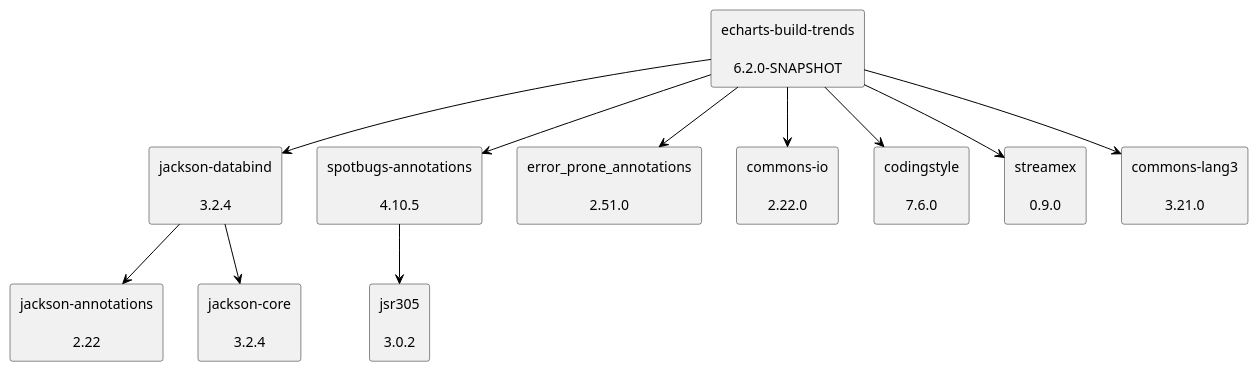
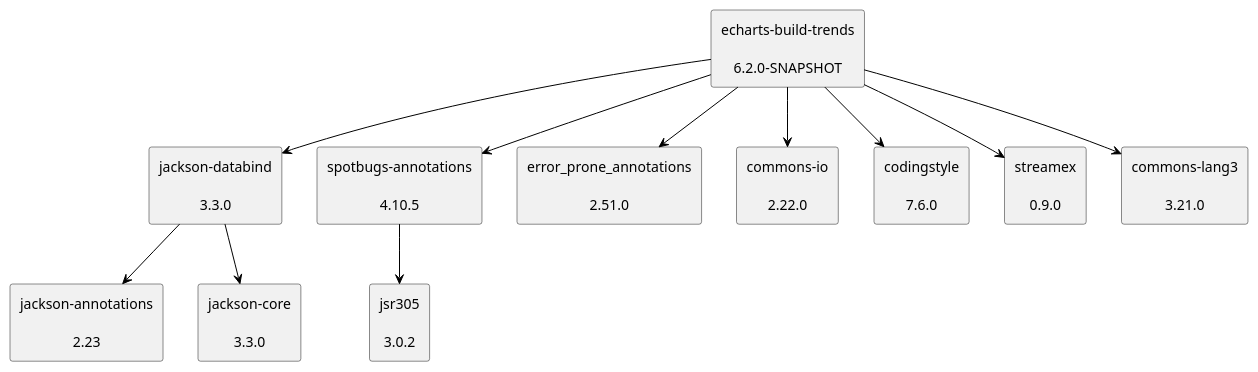
The diagram in doc/dependency-graph.puml (uhafner/echarts-build-trends), drawn with PlantUML before and after one commit.

Commit message:
Update dependency graph to latest versions from POM

```diff
--- a/doc/dependency-graph.puml
+++ b/doc/dependency-graph.puml
@@ -1,30 +1,30 @@
 @startuml
 skinparam defaultTextAlignment center
 skinparam rectangle {
   BackgroundColor<<optional>> beige
   BackgroundColor<<test>> lightGreen
   BackgroundColor<<runtime>> lightBlue
   BackgroundColor<<provided>> lightGray
 }
-rectangle "jackson-databind\n\n3.2.4" as tools_jackson_core_jackson_databind_jar
-rectangle "jackson-annotations\n\n2.22" as com_fasterxml_jackson_core_jackson_annotations_jar
-rectangle "jackson-core\n\n3.2.4" as tools_jackson_core_jackson_core_jar
+rectangle "jackson-databind\n\n3.3.0" as tools_jackson_core_jackson_databind_jar
+rectangle "jackson-annotations\n\n2.23" as com_fasterxml_jackson_core_jackson_annotations_jar
+rectangle "jackson-core\n\n3.3.0" as tools_jackson_core_jackson_core_jar
 rectangle "echarts-build-trends\n\n6.2.0-SNAPSHOT" as edu_hm_hafner_echarts_build_trends_jar
 rectangle "spotbugs-annotations\n\n4.10.5" as com_github_spotbugs_spotbugs_annotations_jar
 rectangle "jsr305\n\n3.0.2" as com_google_code_findbugs_jsr305_jar
 rectangle "error_prone_annotations\n\n2.51.0" as com_google_errorprone_error_prone_annotations_jar
 rectangle "commons-io\n\n2.22.0" as commons_io_commons_io_jar
 rectangle "codingstyle\n\n7.6.0" as edu_hm_hafner_codingstyle_jar
 rectangle "streamex\n\n0.9.0" as one_util_streamex_jar
 rectangle "commons-lang3\n\n3.21.0" as org_apache_commons_commons_lang3_jar
 tools_jackson_core_jackson_databind_jar -[#000000]-> com_fasterxml_jackson_core_jackson_annotations_jar
 tools_jackson_core_jackson_databind_jar -[#000000]-> tools_jackson_core_jackson_core_jar
 edu_hm_hafner_echarts_build_trends_jar -[#000000]-> tools_jackson_core_jackson_databind_jar
 com_github_spotbugs_spotbugs_annotations_jar -[#000000]-> com_google_code_findbugs_jsr305_jar
 edu_hm_hafner_echarts_build_trends_jar -[#000000]-> com_github_spotbugs_spotbugs_annotations_jar
 edu_hm_hafner_echarts_build_trends_jar -[#000000]-> com_google_errorprone_error_prone_annotations_jar
 edu_hm_hafner_echarts_build_trends_jar -[#000000]-> commons_io_commons_io_jar
 edu_hm_hafner_echarts_build_trends_jar -[#000000]-> edu_hm_hafner_codingstyle_jar
 edu_hm_hafner_echarts_build_trends_jar -[#000000]-> one_util_streamex_jar
 edu_hm_hafner_echarts_build_trends_jar -[#000000]-> org_apache_commons_commons_lang3_jar
 @enduml
```
